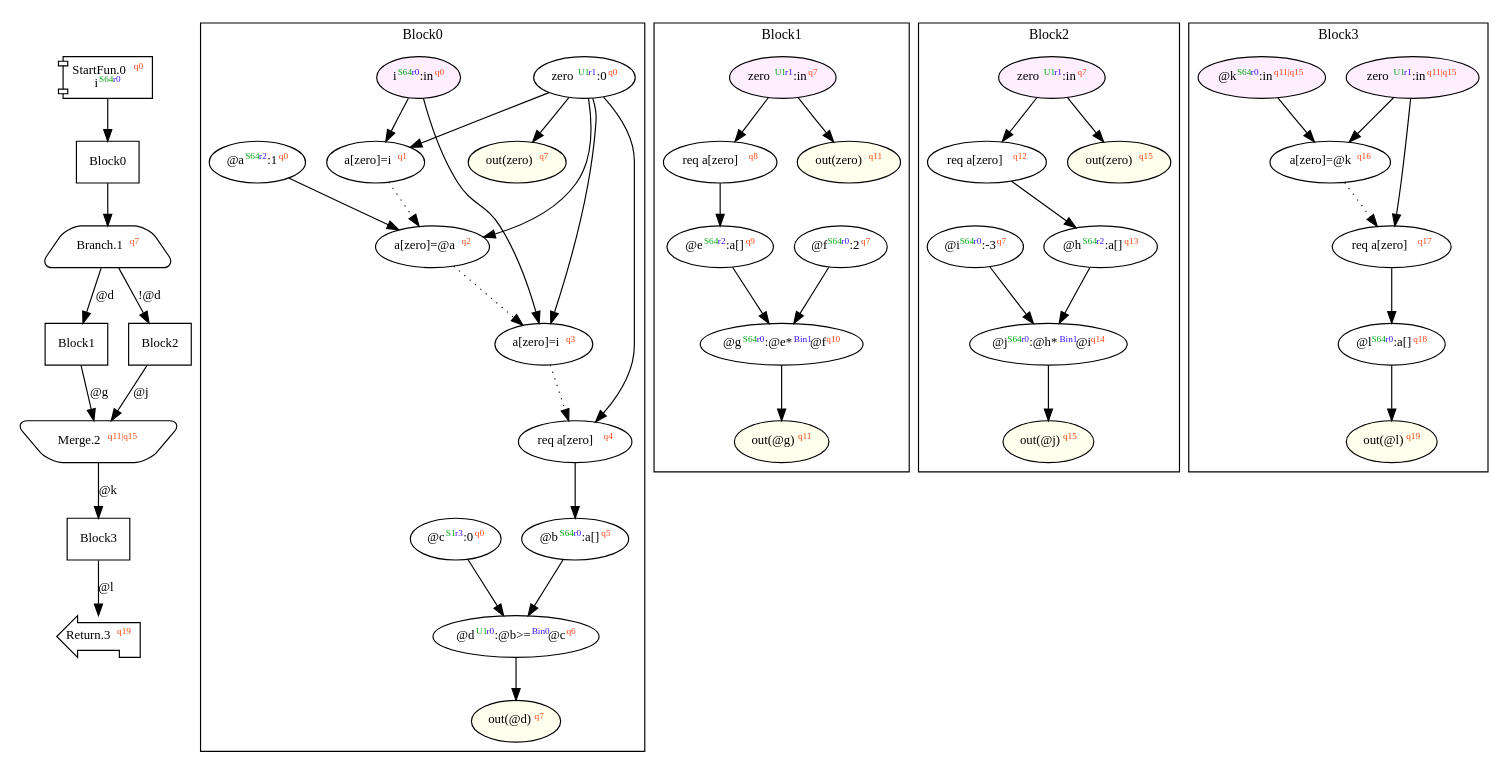
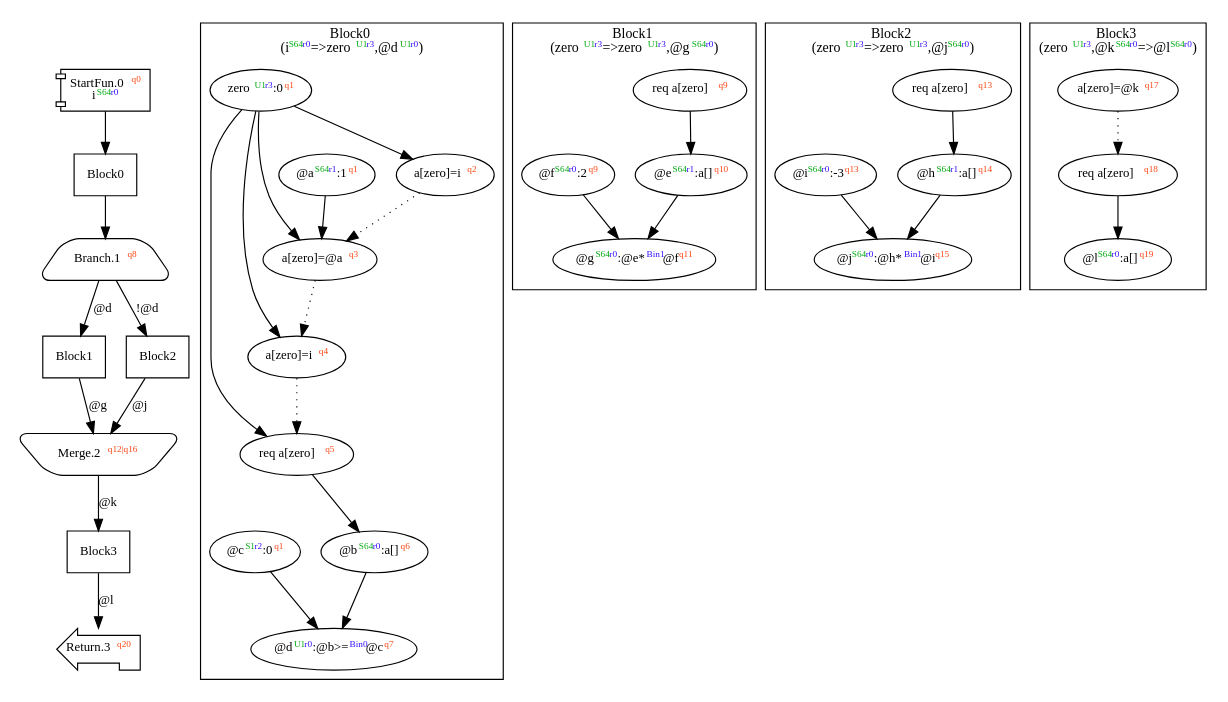
Before and after one commit to akouryy/SyntheScala: the diagram in dist/dependencyTest.dot, drawn with Graphviz. The commit also changed 32 other files, not shown here.

```diff
--- a/dist/dependencyTest.dot
+++ b/dist/dependencyTest.dot
@@ -1,105 +1,79 @@
 digraph Program_ {
   graph [fontname = "Monaco", fontsize = 12, ranksep = 0.5];
   node [shape = box, fontname = "Monaco", fontsize = 11; colorscheme = pastel19];
   edge [fontname = "Monaco", fontsize = 11; colorscheme = pastel19];
   Jump0[label = <StartFun.0<font color="#ff4411" point-size="8"><sup>q0</sup></font><br/>i<font color="#00aa11" point-size="8"><sup>S64</sup></font><font color="#3311ff" point-size="8"><sup>r0</sup></font>>; shape = component];
   Jump0 -> Block0;
   Jump1[
-    label = <Branch.1<font color="#ff4411" point-size="8"><sup>q7</sup></font>>;
+    label = <Branch.1<font color="#ff4411" point-size="8"><sup>q8</sup></font>>;
     shape = trapezium; style = rounded;
   ];
   Block0 -> Jump1;
   Jump1 -> Block1 [label="@d"];
   Jump1 -> Block2 [label="!@d"];
-  Jump2[label = <Merge.2<font color="#ff4411" point-size="8"><sup>q11|q15</sup></font>>; shape = invtrapezium; style = rounded];
+  Jump2[label = <Merge.2<font color="#ff4411" point-size="8"><sup>q12|q16</sup></font>>; shape = invtrapezium; style = rounded];
   Block1 -> Jump2 [label="@g"];
   Block2 -> Jump2 [label="@j"];
   Jump2 -> Block3 [label="@k"];
-  Jump3[label = <Return.3<font color="#ff4411" point-size="8"><sup>q19</sup></font>>; shape = lpromoter];
+  Jump3[label = <Return.3<font color="#ff4411" point-size="8"><sup>q20</sup></font>>; shape = lpromoter];
   Block3 -> Jump3 [label="@l"];
   Block0 [label = "Block0"];
   Block1 [label = "Block1"];
   Block2 [label = "Block2"];
   Block3 [label = "Block3"];
   subgraph cluster_dfg_Block0 {
     node [shape = oval];
-    label = "Block0";
-    0 [label=<zero<font color="#00aa11" point-size="8"><sup>U1</sup></font><font color="#3311ff" point-size="8"><sup>r1</sup></font>:0<font color="#ff4411" point-size="8"><sup>q0</sup></font>>; ];
-    5 [label=<req a[zero]<font color="#ff4411" point-size="8"><sup>q4</sup></font>>; ];
-    29 [label=<i<font color="#00aa11" point-size="8"><sup>S64</sup></font><font color="#3311ff" point-size="8"><sup>r0</sup></font>:in<font color="#ff4411" point-size="8"><sup>q0</sup></font>>; style="filled"; fillcolor="#ffeeff";];
-    1 [label=<a[zero]=i<font color="#ff4411" point-size="8"><sup>q1</sup></font>>; ];
-    6 [label=<@b<font color="#00aa11" point-size="8"><sup>S64</sup></font><font color="#3311ff" point-size="8"><sup>r0</sup></font>:a[]<font color="#ff4411" point-size="8"><sup>q5</sup></font>>; ];
-    2 [label=<@a<font color="#00aa11" point-size="8"><sup>S64</sup></font><font color="#3311ff" point-size="8"><sup>r2</sup></font>:1<font color="#ff4411" point-size="8"><sup>q0</sup></font>>; ];
-    7 [label=<@c<font color="#00aa11" point-size="8"><sup>S1</sup></font><font color="#3311ff" point-size="8"><sup>r3</sup></font>:0<font color="#ff4411" point-size="8"><sup>q0</sup></font>>; ];
-    3 [label=<a[zero]=@a<font color="#ff4411" point-size="8"><sup>q2</sup></font>>; ];
-    31 [label=<out(@d)<font color="#ff4411" point-size="8"><sup>q7</sup></font>>; style="filled"; fillcolor="#ffffee";];
-    8 [label=<@d<font color="#00aa11" point-size="8"><sup>U1</sup></font><font color="#3311ff" point-size="8"><sup>r0</sup></font>:@b&gt;=<font color="#3311ff" point-size="8"><sup>Bin0</sup></font>@c<font color="#ff4411" point-size="8"><sup>q6</sup></font>>; ];
-    30 [label=<out(zero)<font color="#ff4411" point-size="8"><sup>q7</sup></font>>; style="filled"; fillcolor="#ffffee";];
-    4 [label=<a[zero]=i<font color="#ff4411" point-size="8"><sup>q3</sup></font>>; ];
+    label = <Block0<br/>(i<font color="#00aa11" point-size="8"><sup>S64</sup></font><font color="#3311ff" point-size="8"><sup>r0</sup></font>=&gt;zero<font color="#00aa11" point-size="8"><sup>U1</sup></font><font color="#3311ff" point-size="8"><sup>r3</sup></font>,@d<font color="#00aa11" point-size="8"><sup>U1</sup></font><font color="#3311ff" point-size="8"><sup>r0</sup></font>)>;
+    0 [label=<zero<font color="#00aa11" point-size="8"><sup>U1</sup></font><font color="#3311ff" point-size="8"><sup>r3</sup></font>:0<font color="#ff4411" point-size="8"><sup>q1</sup></font>>];
+    5 [label=<req a[zero]<font color="#ff4411" point-size="8"><sup>q5</sup></font>>];
+    1 [label=<a[zero]=i<font color="#ff4411" point-size="8"><sup>q2</sup></font>>];
+    6 [label=<@b<font color="#00aa11" point-size="8"><sup>S64</sup></font><font color="#3311ff" point-size="8"><sup>r0</sup></font>:a[]<font color="#ff4411" point-size="8"><sup>q6</sup></font>>];
+    2 [label=<@a<font color="#00aa11" point-size="8"><sup>S64</sup></font><font color="#3311ff" point-size="8"><sup>r1</sup></font>:1<font color="#ff4411" point-size="8"><sup>q1</sup></font>>];
+    7 [label=<@c<font color="#00aa11" point-size="8"><sup>S1</sup></font><font color="#3311ff" point-size="8"><sup>r2</sup></font>:0<font color="#ff4411" point-size="8"><sup>q1</sup></font>>];
+    3 [label=<a[zero]=@a<font color="#ff4411" point-size="8"><sup>q3</sup></font>>];
+    8 [label=<@d<font color="#00aa11" point-size="8"><sup>U1</sup></font><font color="#3311ff" point-size="8"><sup>r0</sup></font>:@b&gt;=<font color="#3311ff" point-size="8"><sup>Bin0</sup></font>@c<font color="#ff4411" point-size="8"><sup>q7</sup></font>>];
+    4 [label=<a[zero]=i<font color="#ff4411" point-size="8"><sup>q4</sup></font>>];
     0 -> 1;
     0 -> 3;
     0 -> 4;
     0 -> 5;
-    0 -> 30;
     2 -> 3;
     6 -> 8;
     7 -> 8;
-    8 -> 31;
-    29 -> 1;
-    29 -> 4;
     1 -> 3 [style = dotted];
     3 -> 4 [style = dotted];
     4 -> 5 [style = dotted];
     5 -> 6 [style = solid];
   }
   subgraph cluster_dfg_Block1 {
     node [shape = oval];
-    label = "Block1";
-    10 [label=<@e<font color="#00aa11" point-size="8"><sup>S64</sup></font><font color="#3311ff" point-size="8"><sup>r2</sup></font>:a[]<font color="#ff4411" point-size="8"><sup>q9</sup></font>>; ];
-    9 [label=<req a[zero]<font color="#ff4411" point-size="8"><sup>q8</sup></font>>; ];
-    12 [label=<@g<font color="#00aa11" point-size="8"><sup>S64</sup></font><font color="#3311ff" point-size="8"><sup>r0</sup></font>:@e*<font color="#3311ff" point-size="8"><sup>Bin1</sup></font>@f<font color="#ff4411" point-size="8"><sup>q10</sup></font>>; ];
-    11 [label=<@f<font color="#00aa11" point-size="8"><sup>S64</sup></font><font color="#3311ff" point-size="8"><sup>r0</sup></font>:2<font color="#ff4411" point-size="8"><sup>q7</sup></font>>; ];
-    23 [label=<zero<font color="#00aa11" point-size="8"><sup>U1</sup></font><font color="#3311ff" point-size="8"><sup>r1</sup></font>:in<font color="#ff4411" point-size="8"><sup>q7</sup></font>>; style="filled"; fillcolor="#ffeeff";];
-    24 [label=<out(zero)<font color="#ff4411" point-size="8"><sup>q11</sup></font>>; style="filled"; fillcolor="#ffffee";];
-    25 [label=<out(@g)<font color="#ff4411" point-size="8"><sup>q11</sup></font>>; style="filled"; fillcolor="#ffffee";];
+    label = <Block1<br/>(zero<font color="#00aa11" point-size="8"><sup>U1</sup></font><font color="#3311ff" point-size="8"><sup>r3</sup></font>=&gt;zero<font color="#00aa11" point-size="8"><sup>U1</sup></font><font color="#3311ff" point-size="8"><sup>r3</sup></font>,@g<font color="#00aa11" point-size="8"><sup>S64</sup></font><font color="#3311ff" point-size="8"><sup>r0</sup></font>)>;
+    10 [label=<@e<font color="#00aa11" point-size="8"><sup>S64</sup></font><font color="#3311ff" point-size="8"><sup>r1</sup></font>:a[]<font color="#ff4411" point-size="8"><sup>q10</sup></font>>];
+    9 [label=<req a[zero]<font color="#ff4411" point-size="8"><sup>q9</sup></font>>];
+    11 [label=<@f<font color="#00aa11" point-size="8"><sup>S64</sup></font><font color="#3311ff" point-size="8"><sup>r0</sup></font>:2<font color="#ff4411" point-size="8"><sup>q9</sup></font>>];
+    12 [label=<@g<font color="#00aa11" point-size="8"><sup>S64</sup></font><font color="#3311ff" point-size="8"><sup>r0</sup></font>:@e*<font color="#3311ff" point-size="8"><sup>Bin1</sup></font>@f<font color="#ff4411" point-size="8"><sup>q11</sup></font>>];
     10 -> 12;
     11 -> 12;
-    12 -> 25;
-    23 -> 9;
-    23 -> 24;
     9 -> 10 [style = solid];
   }
   subgraph cluster_dfg_Block2 {
     node [shape = oval];
-    label = "Block2";
-    14 [label=<@h<font color="#00aa11" point-size="8"><sup>S64</sup></font><font color="#3311ff" point-size="8"><sup>r2</sup></font>:a[]<font color="#ff4411" point-size="8"><sup>q13</sup></font>>; ];
-    28 [label=<out(@j)<font color="#ff4411" point-size="8"><sup>q15</sup></font>>; style="filled"; fillcolor="#ffffee";];
-    13 [label=<req a[zero]<font color="#ff4411" point-size="8"><sup>q12</sup></font>>; ];
-    27 [label=<out(zero)<font color="#ff4411" point-size="8"><sup>q15</sup></font>>; style="filled"; fillcolor="#ffffee";];
-    16 [label=<@j<font color="#00aa11" point-size="8"><sup>S64</sup></font><font color="#3311ff" point-size="8"><sup>r0</sup></font>:@h*<font color="#3311ff" point-size="8"><sup>Bin1</sup></font>@i<font color="#ff4411" point-size="8"><sup>q14</sup></font>>; ];
-    26 [label=<zero<font color="#00aa11" point-size="8"><sup>U1</sup></font><font color="#3311ff" point-size="8"><sup>r1</sup></font>:in<font color="#ff4411" point-size="8"><sup>q7</sup></font>>; style="filled"; fillcolor="#ffeeff";];
-    15 [label=<@i<font color="#00aa11" point-size="8"><sup>S64</sup></font><font color="#3311ff" point-size="8"><sup>r0</sup></font>:-3<font color="#ff4411" point-size="8"><sup>q7</sup></font>>; ];
+    label = <Block2<br/>(zero<font color="#00aa11" point-size="8"><sup>U1</sup></font><font color="#3311ff" point-size="8"><sup>r3</sup></font>=&gt;zero<font color="#00aa11" point-size="8"><sup>U1</sup></font><font color="#3311ff" point-size="8"><sup>r3</sup></font>,@j<font color="#00aa11" point-size="8"><sup>S64</sup></font><font color="#3311ff" point-size="8"><sup>r0</sup></font>)>;
+    14 [label=<@h<font color="#00aa11" point-size="8"><sup>S64</sup></font><font color="#3311ff" point-size="8"><sup>r1</sup></font>:a[]<font color="#ff4411" point-size="8"><sup>q14</sup></font>>];
+    13 [label=<req a[zero]<font color="#ff4411" point-size="8"><sup>q13</sup></font>>];
+    15 [label=<@i<font color="#00aa11" point-size="8"><sup>S64</sup></font><font color="#3311ff" point-size="8"><sup>r0</sup></font>:-3<font color="#ff4411" point-size="8"><sup>q13</sup></font>>];
+    16 [label=<@j<font color="#00aa11" point-size="8"><sup>S64</sup></font><font color="#3311ff" point-size="8"><sup>r0</sup></font>:@h*<font color="#3311ff" point-size="8"><sup>Bin1</sup></font>@i<font color="#ff4411" point-size="8"><sup>q15</sup></font>>];
     14 -> 16;
     15 -> 16;
-    16 -> 28;
-    26 -> 13;
-    26 -> 27;
     13 -> 14 [style = solid];
   }
   subgraph cluster_dfg_Block3 {
     node [shape = oval];
-    label = "Block3";
-    20 [label=<zero<font color="#00aa11" point-size="8"><sup>U1</sup></font><font color="#3311ff" point-size="8"><sup>r1</sup></font>:in<font color="#ff4411" point-size="8"><sup>q11|q15</sup></font>>; style="filled"; fillcolor="#ffeeff";];
-    21 [label=<@k<font color="#00aa11" point-size="8"><sup>S64</sup></font><font color="#3311ff" point-size="8"><sup>r0</sup></font>:in<font color="#ff4411" point-size="8"><sup>q11|q15</sup></font>>; style="filled"; fillcolor="#ffeeff";];
-    17 [label=<a[zero]=@k<font color="#ff4411" point-size="8"><sup>q16</sup></font>>; ];
-    22 [label=<out(@l)<font color="#ff4411" point-size="8"><sup>q19</sup></font>>; style="filled"; fillcolor="#ffffee";];
-    18 [label=<req a[zero]<font color="#ff4411" point-size="8"><sup>q17</sup></font>>; ];
-    19 [label=<@l<font color="#00aa11" point-size="8"><sup>S64</sup></font><font color="#3311ff" point-size="8"><sup>r0</sup></font>:a[]<font color="#ff4411" point-size="8"><sup>q18</sup></font>>; ];
-    19 -> 22;
-    20 -> 17;
-    20 -> 18;
-    21 -> 17;
+    label = <Block3<br/>(zero<font color="#00aa11" point-size="8"><sup>U1</sup></font><font color="#3311ff" point-size="8"><sup>r3</sup></font>,@k<font color="#00aa11" point-size="8"><sup>S64</sup></font><font color="#3311ff" point-size="8"><sup>r0</sup></font>=&gt;@l<font color="#00aa11" point-size="8"><sup>S64</sup></font><font color="#3311ff" point-size="8"><sup>r0</sup></font>)>;
+    17 [label=<a[zero]=@k<font color="#ff4411" point-size="8"><sup>q17</sup></font>>];
+    19 [label=<@l<font color="#00aa11" point-size="8"><sup>S64</sup></font><font color="#3311ff" point-size="8"><sup>r0</sup></font>:a[]<font color="#ff4411" point-size="8"><sup>q19</sup></font>>];
+    18 [label=<req a[zero]<font color="#ff4411" point-size="8"><sup>q18</sup></font>>];
     17 -> 18 [style = dotted];
     18 -> 19 [style = solid];
   }
 }
```
